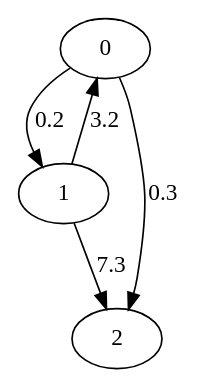
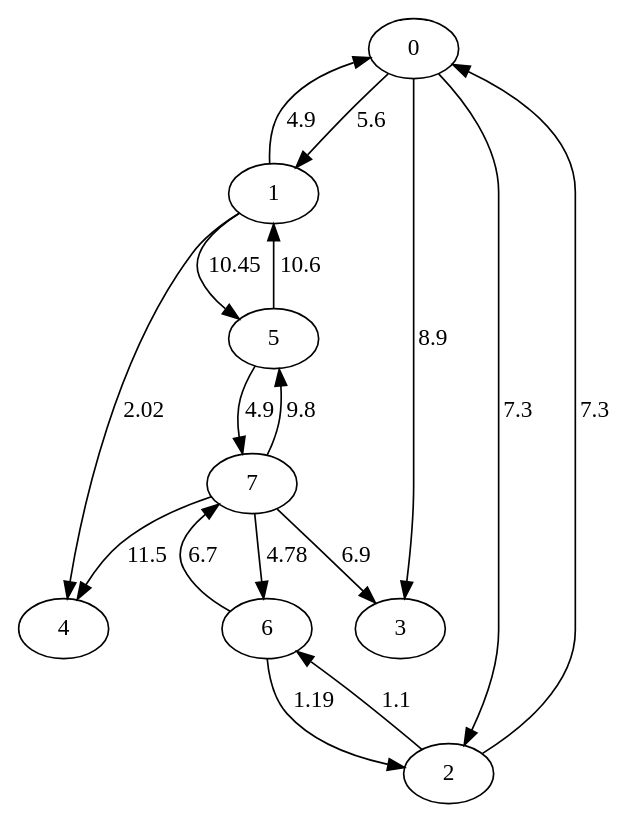
Before and after one commit to Dzeuil/ProjetC--: the diagram in graphe.dot, drawn with Graphviz. The commit also changed 6 other files, not shown here.

```diff
--- a/graphe.dot
+++ b/graphe.dot
@@ -1,10 +1,27 @@
 digraph G {
 	0 [label="0"];
 	1 [label="1"];
 	2 [label="2"];
+	3 [label="3"];
+	4 [label="4"];
+	5 [label="5"];
+	6 [label="6"];
+	7 [label="7"];
 
-	0 -> 1[label="0.2"];
-	0 -> 2[label="0.3"];
-	1 -> 0[label="3.2"];
-	1 -> 2[label="7.3"];
+	0 -> 1[label="5.6"];
+	0 -> 2[label="7.3"];
+	0 -> 3[label="8.9"];
+	1 -> 0[label="4.9"];
+	1 -> 4[label="2.02"];
+	1 -> 5[label="10.45"];
+	2 -> 0[label="7.3"];
+	2 -> 6[label="1.1"];
+	5 -> 1[label="10.6"];
+	5 -> 7[label="4.9"];
+	6 -> 2[label="1.19"];
+	6 -> 7[label="6.7"];
+	7 -> 3[label="6.9"];
+	7 -> 4[label="11.5"];
+	7 -> 5[label="9.8"];
+	7 -> 6[label="4.78"];
 }
```
